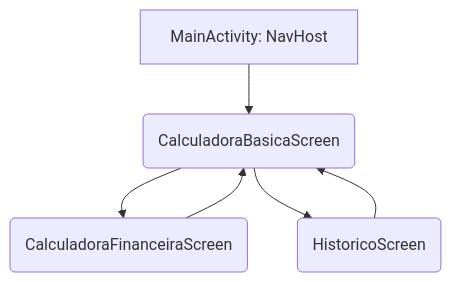
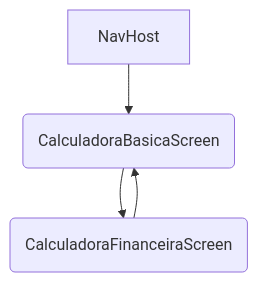
One commit to andreckw/a1-dev-aplicativos-moveis changed the diagram in README.md. Above: the diagram before and after it, drawn with Mermaid.

````diff
--- a/README.md
+++ b/README.md
@@ -87,8 +87,6 @@
 ```mermaid
 graph TD
-    A[MainActivity: NavHost] --> B(CalculadoraBasicaScreen)
+    A[NavHost] --> B(CalculadoraBasicaScreen)
     B --> C(CalculadoraFinanceiraScreen)
     C --> B
-    B --> D(HistoricoScreen)
-    D --> B
 ```
````
